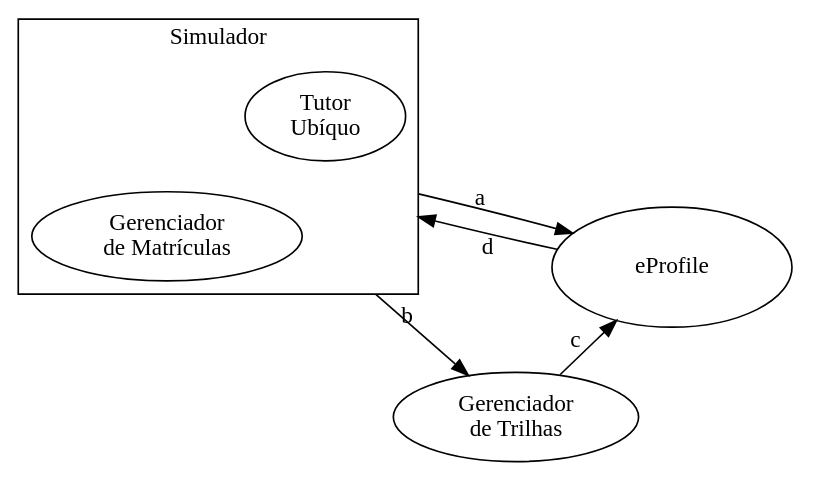
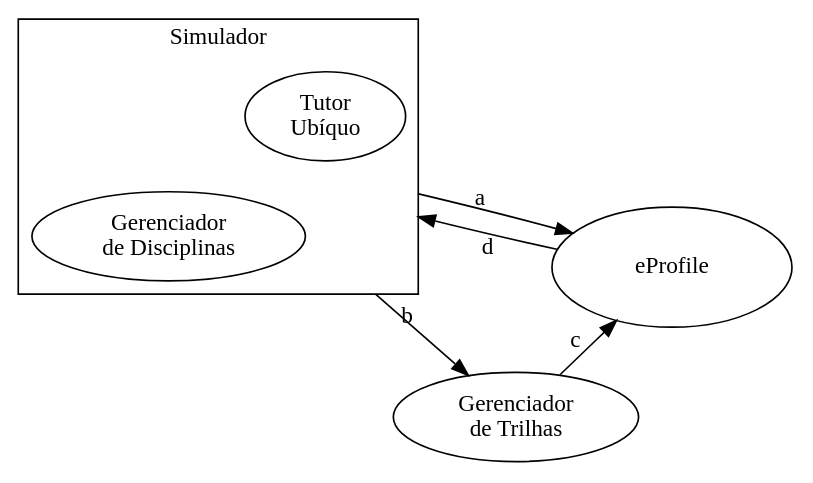
Before and after one commit to andrenho/andrenho: the diagram in academia/dissertacao/graficos/simulador.dot, drawn with Graphviz. The commit also changed 6 other files, not shown here.

```diff
--- a/academia/dissertacao/graficos/simulador.dot
+++ b/academia/dissertacao/graficos/simulador.dot
@@ -1,23 +1,23 @@
 digraph modelo2 {
 
   layout = fdp;
   sep = 0.4;
   eProfile [width=2,height=1];
 
   subgraph cluster_0 {
     label = "Simulador";
-    "Gerenciador\nde Matrículas";
+    "Gerenciador\nde Disciplinas";
     "Tutor\nUbíquo";
   }
 
   cluster_0 -> "Gerenciador\nde Trilhas"  [label="b"];
   cluster_0 -> eProfile [label="a"];
   eProfile -> cluster_0 [label="d"];
   "Gerenciador\nde Trilhas" -> eProfile [label="c"];
 
   fontsize = 12;
   fontname = "Georgia";
 
   rankdir = LR;
 
 }
```
